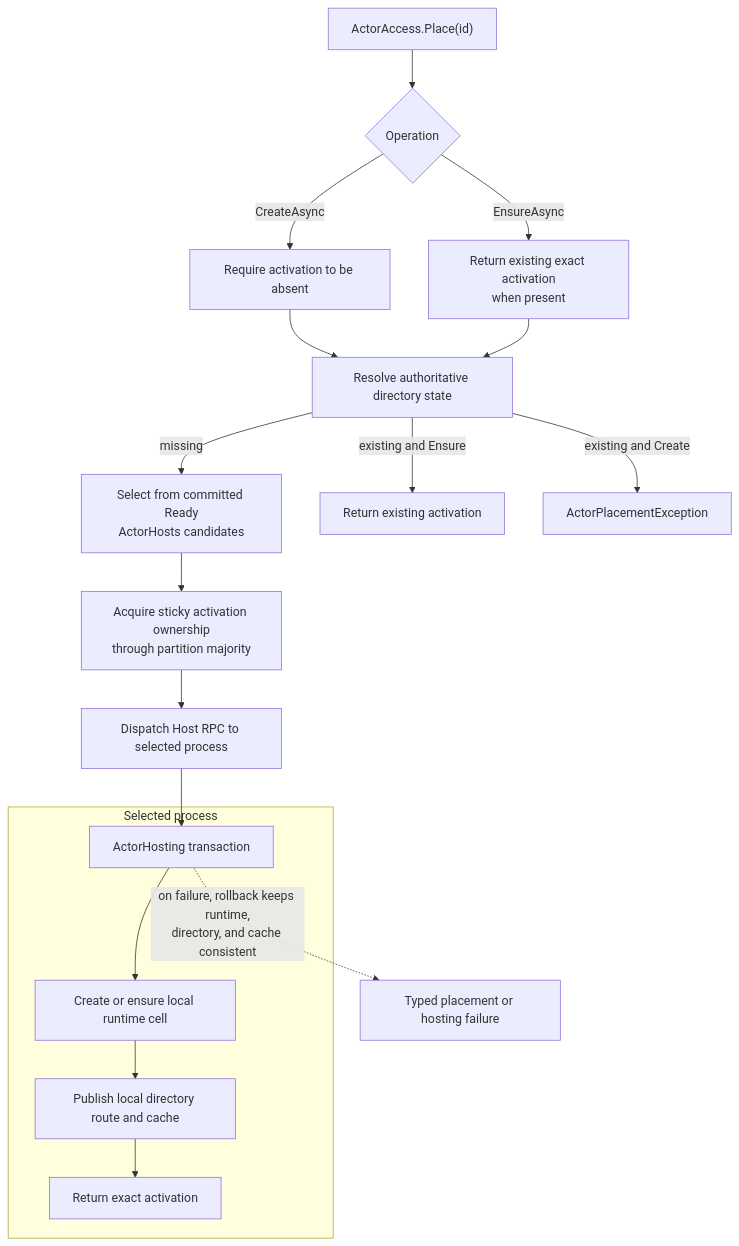
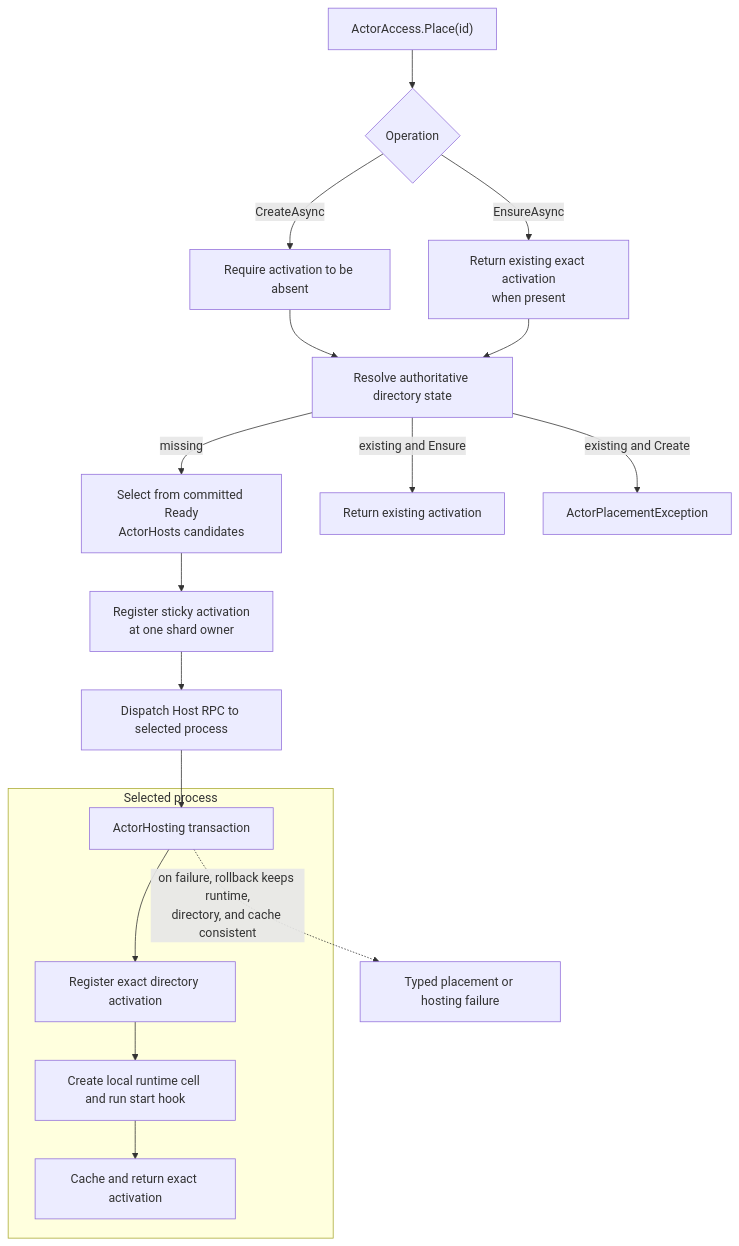
The fifth of 7 diagrams in docs/actor.md (bruce48x/Lakona), drawn with Mermaid before and after one commit. The commit also changed other lines of this file and 120 other files, not shown here.

````diff
--- a/docs/actor.md
+++ b/docs/actor.md
@@ -447,22 +417,22 @@
 ```mermaid
 flowchart TD
     B["ActorAccess.Place(id)"] --> O{"Operation"}
     O -->|"CreateAsync"| C["Require activation to be absent"]
     O -->|"EnsureAsync"| E["Return existing exact activation<br/>when present"]
     C --> R["Resolve authoritative directory state"]
     E --> R
     R -->|"missing"| H["Select from committed Ready<br/>ActorHosts candidates"]
     R -->|"existing and Ensure"| ER["Return existing activation"]
     R -->|"existing and Create"| CF["ActorPlacementException"]
-    H --> A["Acquire sticky activation ownership<br/>through partition majority"]
+    H --> A["Register sticky activation<br/>at one shard owner"]
     A --> RP["Dispatch Host RPC to selected process"]
     RP --> TX["ActorHosting transaction"]
 
     subgraph Local["Selected process"]
-        TX --> LR["Create or ensure local runtime cell"]
-        LR --> DR["Publish local directory route and cache"]
-        DR --> OK["Return exact activation"]
+        TX --> DR["Register exact directory activation"]
+        DR --> LR["Create local runtime cell and run start hook"]
+        LR --> OK["Cache and return exact activation"]
     end
 
     TX -.->|"on failure, rollback keeps runtime,<br/>directory, and cache consistent"| F["Typed placement or hosting failure"]
 ```
````
